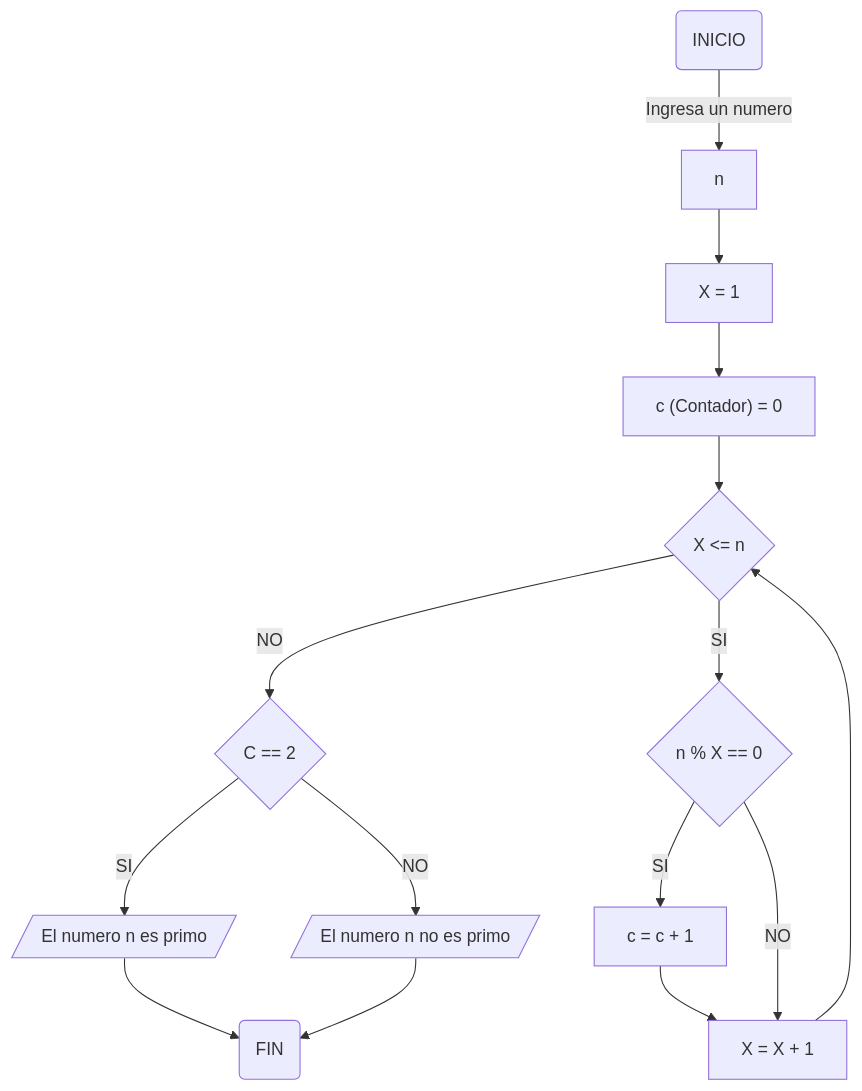
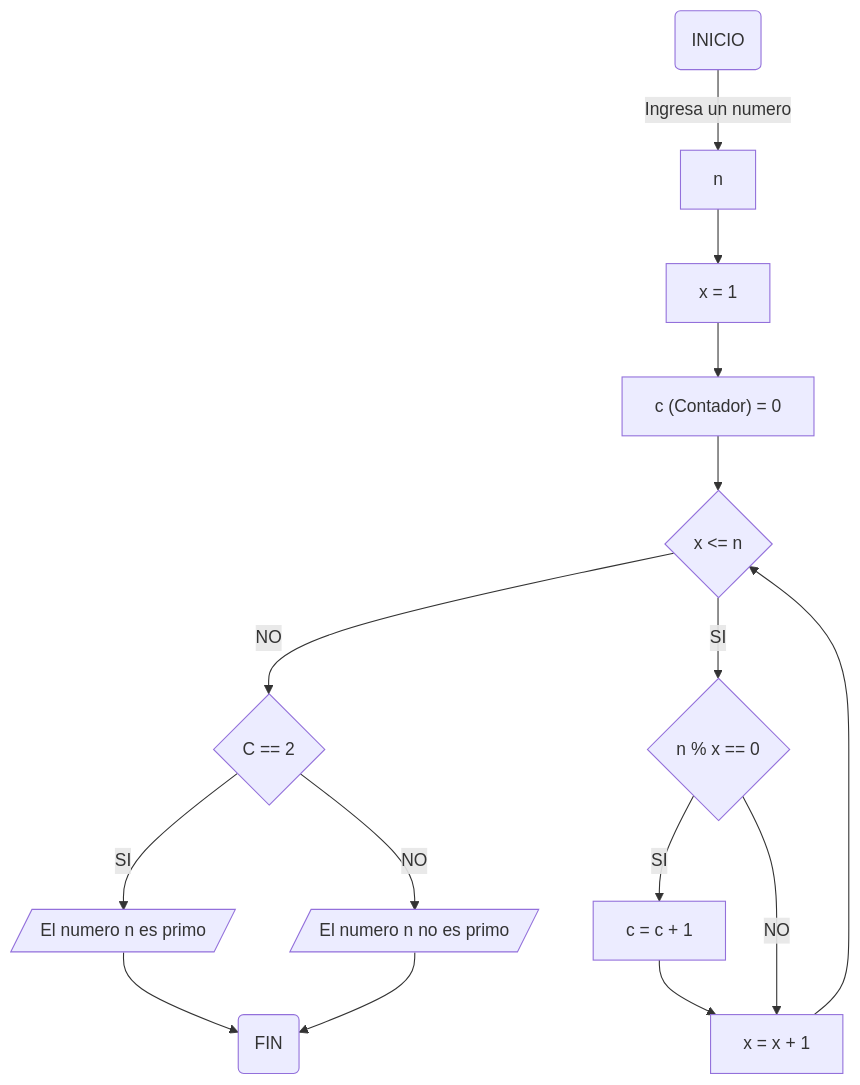
One commit to eljuanessoy/reto-3 changed the first of 2 diagrams in README.md. Above: the diagram before and after it, drawn with Mermaid. The commit also changed other lines of this file, not shown here.

````diff
--- a/README.md
+++ b/README.md
@@ -6,17 +6,17 @@
 ```mermaid
 flowchart TB;
     A(INICIO)-- Ingresa un numero --> B[n]
-    B --> C[X = 1]
+    B --> C[x = 1]
     C --> D["c (Contador) = 0"]
-    D --> E{X <= n}
+    D --> E{x <= n}
     E -- NO --> J{C == 2}
-    E -- SI --> F{n % X == 0}
+    E -- SI --> F{n % x == 0}
     F -- SI --> H[c = c + 1]
     H --> I
-    F -- NO --> I[X = X + 1]
+    F -- NO --> I[x = x + 1]
     I --> E
     J -- SI --> K[/El numero n es primo/]
     J -- NO --> L[/El numero n no es primo/]
     K --> M
     L --> M(FIN)
 ```
````
